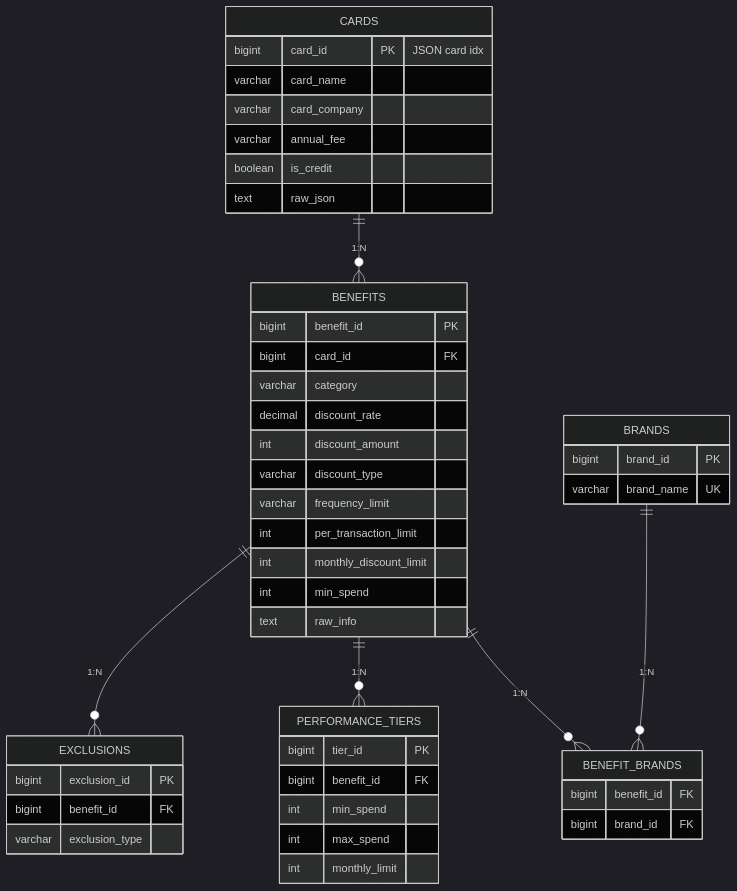
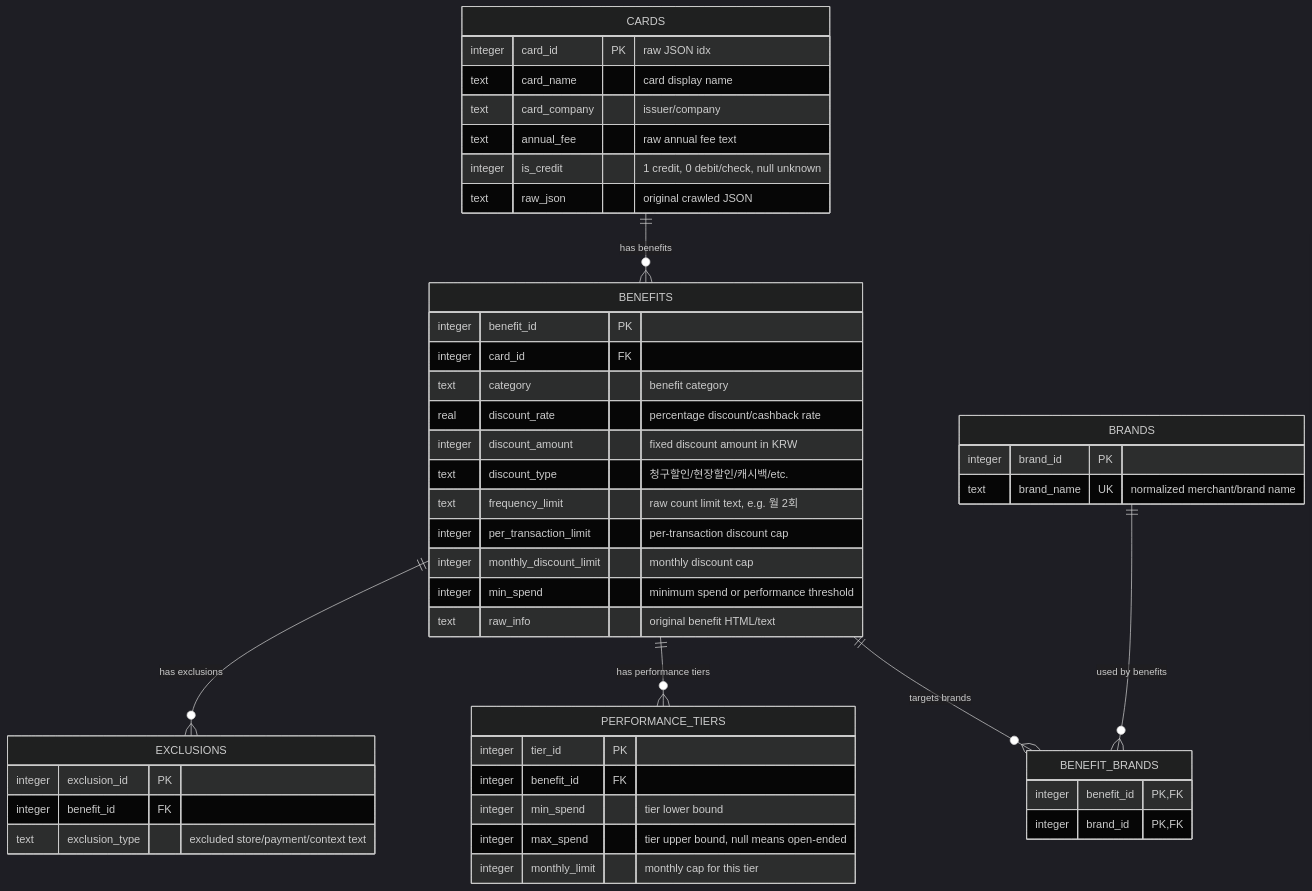
The diagram in ERD.md (cohi42/creditcard_recomm), drawn with Mermaid (dark theme) before and after one commit. The commit also changed other lines of this file, not shown here.

Commit message:
Update ERD

````diff
--- a/ERD.md
+++ b/ERD.md
@@ -1,55 +8,55 @@
 ```mermaid
 erDiagram
     CARDS {
-        bigint card_id PK "JSON card idx"
-        varchar card_name
-        varchar card_company
-        varchar annual_fee
-        boolean is_credit
-        text raw_json
+        integer card_id PK "raw JSON idx"
+        text card_name "card display name"
+        text card_company "issuer/company"
+        text annual_fee "raw annual fee text"
+        integer is_credit "1 credit, 0 debit/check, null unknown"
+        text raw_json "original crawled JSON"
     }
 
     BENEFITS {
-        bigint benefit_id PK
-        bigint card_id FK
-        varchar category
-        decimal discount_rate
-        int discount_amount
-        varchar discount_type
-        varchar frequency_limit
-        int per_transaction_limit
-        int monthly_discount_limit
-        int min_spend
-        text raw_info
+        integer benefit_id PK
+        integer card_id FK
+        text category "benefit category"
+        real discount_rate "percentage discount/cashback rate"
+        integer discount_amount "fixed discount amount in KRW"
+        text discount_type "청구할인/현장할인/캐시백/etc."
+        text frequency_limit "raw count limit text, e.g. 월 2회"
+        integer per_transaction_limit "per-transaction discount cap"
+        integer monthly_discount_limit "monthly discount cap"
+        integer min_spend "minimum spend or performance threshold"
+        text raw_info "original benefit HTML/text"
     }
 
     BRANDS {
-        bigint brand_id PK
-        varchar brand_name UK
+        integer brand_id PK
+        text brand_name UK "normalized merchant/brand name"
     }
 
     BENEFIT_BRANDS {
-        bigint benefit_id FK
-        bigint brand_id FK
+        integer benefit_id PK, FK
+        integer brand_id PK, FK
     }
 
     PERFORMANCE_TIERS {
-        bigint tier_id PK
-        bigint benefit_id FK
-        int min_spend
-        int max_spend
-        int monthly_limit
+        integer tier_id PK
+        integer benefit_id FK
+        integer min_spend "tier lower bound"
+        integer max_spend "tier upper bound, null means open-ended"
+        integer monthly_limit "monthly cap for this tier"
     }
 
     EXCLUSIONS {
-        bigint exclusion_id PK
-        bigint benefit_id FK
-        varchar exclusion_type
+        integer exclusion_id PK
+        integer benefit_id FK
+        text exclusion_type "excluded store/payment/context text"
     }
 
-    CARDS ||--o{ BENEFITS : "1:N"
-    BENEFITS ||--o{ BENEFIT_BRANDS : "1:N"
-    BRANDS ||--o{ BENEFIT_BRANDS : "1:N"
-    BENEFITS ||--o{ PERFORMANCE_TIERS : "1:N"
-    BENEFITS ||--o{ EXCLUSIONS : "1:N"
+    CARDS ||--o{ BENEFITS : "has benefits"
+    BENEFITS ||--o{ BENEFIT_BRANDS : "targets brands"
+    BRANDS ||--o{ BENEFIT_BRANDS : "used by benefits"
+    BENEFITS ||--o{ PERFORMANCE_TIERS : "has performance tiers"
+    BENEFITS ||--o{ EXCLUSIONS : "has exclusions"
 ```
````
